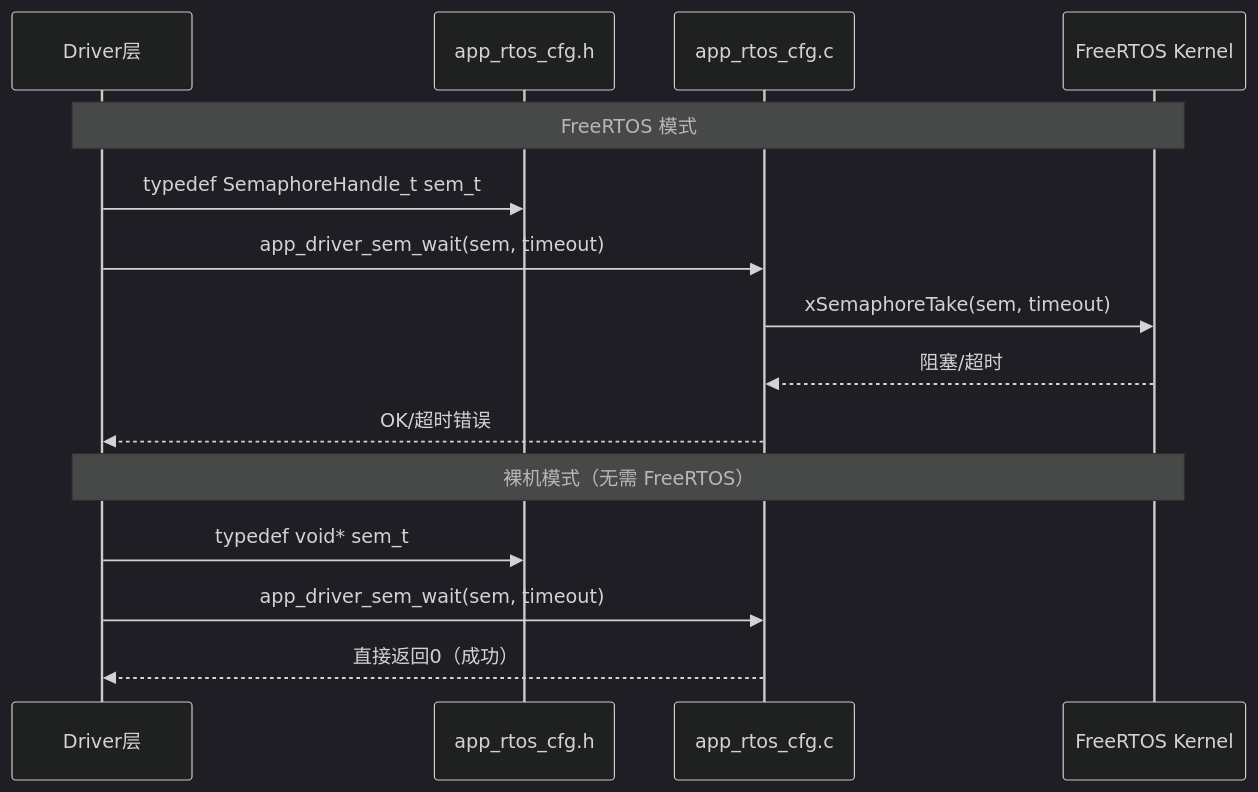
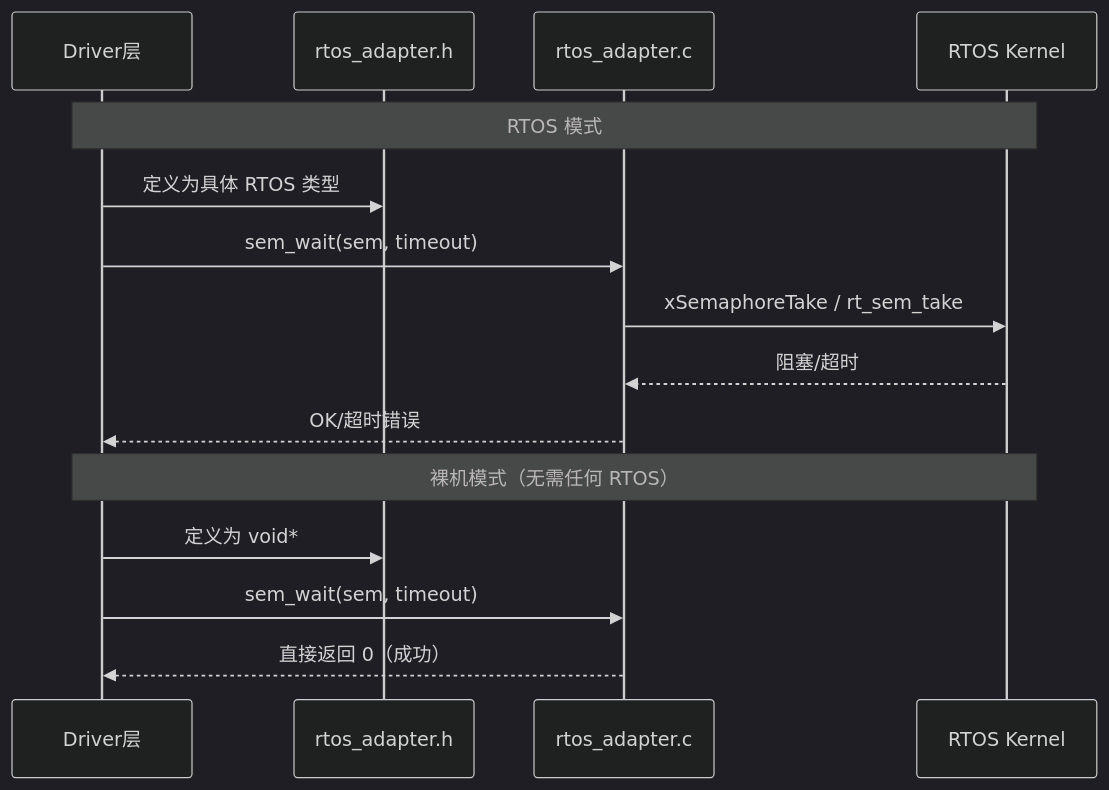
The second of 5 diagrams in 开发板/ARM架构/STM32F411CEU6/项目集成.md (shuai-yemao/Deep-In-Embedded), drawn with Mermaid (dark theme) before and after one commit. The commit also changed other lines of this file, not shown here.

````diff
--- a/开发板/ARM架构/STM32F411CEU6/项目集成.md
+++ b/开发板/ARM架构/STM32F411CEU6/项目集成.md
@@ -87,19 +93,19 @@
 ```mermaid
 sequenceDiagram
     participant DRV as Driver层
-    participant HDR as app_rtos_cfg.h
-    participant IMPL as app_rtos_cfg.c
-    participant FREERTOS as FreeRTOS Kernel
+    participant HDR as rtos_adapter.h
+    participant IMPL as rtos_adapter.c
+    participant OS as RTOS Kernel
     
-    Note over DRV,FREERTOS: FreeRTOS 模式
-    DRV->>HDR: typedef SemaphoreHandle_t sem_t;
-    DRV->>IMPL: app_driver_sem_wait(sem, timeout)
-    IMPL->>FREERTOS: xSemaphoreTake(sem, timeout)
-    FREERTOS-->>IMPL: 阻塞/超时
+    Note over DRV,OS: RTOS 模式
+    DRV->>HDR: 定义为具体 RTOS 类型
+    DRV->>IMPL: sem_wait(sem, timeout)
+    IMPL->>OS: xSemaphoreTake / rt_sem_take
+    OS-->>IMPL: 阻塞/超时
     IMPL-->>DRV: OK/超时错误
     
-    Note over DRV,FREERTOS: 裸机模式（无需 FreeRTOS）
-    DRV->>HDR: typedef void* sem_t;
-    DRV->>IMPL: app_driver_sem_wait(sem, timeout)
-    IMPL-->>DRV: 直接返回0（成功）
+    Note over DRV,OS: 裸机模式（无需任何 RTOS）
+    DRV->>HDR: 定义为 void*
+    DRV->>IMPL: sem_wait(sem, timeout)
+    IMPL-->>DRV: 直接返回 0（成功）
 ```
````
